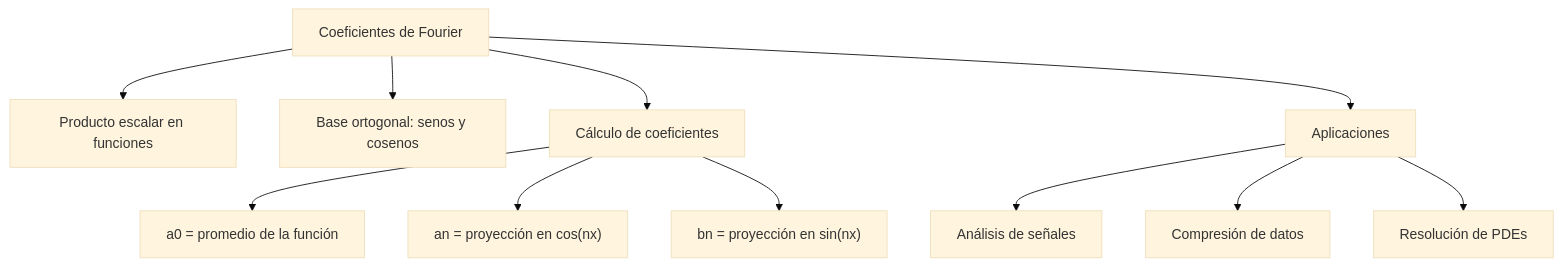
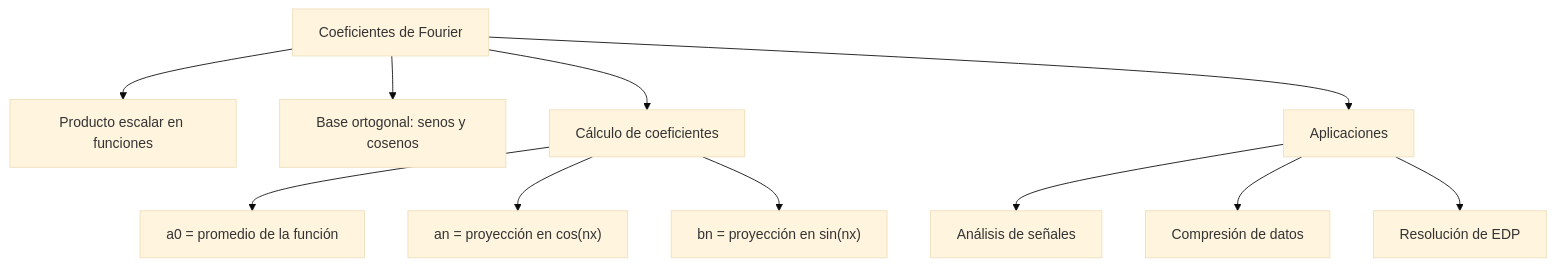
One commit to djaimej/computer-science-template changed the diagram in public/documents/semester-3/1/3154.md. Above: the diagram before and after it, drawn with Mermaid (base theme). The commit also changed other lines of this file and 34 other files, not shown here.

````diff
--- a/public/documents/semester-3/1/3154.md
+++ b/public/documents/semester-3/1/3154.md
@@ -167,13 +208,13 @@
 ```mermaid
 graph TD
     A[Coeficientes de Fourier] --> B[Producto escalar en funciones]
     A --> C[Base ortogonal: senos y cosenos]
     A --> D[Cálculo de coeficientes]
     D --> E[a0 = promedio de la función]
     D --> F["an = proyección en cos(nx)"]
     D --> G["bn = proyección en sin(nx)"]
     A --> H[Aplicaciones]
     H --> I[Análisis de señales]
     H --> J[Compresión de datos]
-    H --> K[Resolución de PDEs]
+    H --> K[Resolución de EDP]
 ```
````
